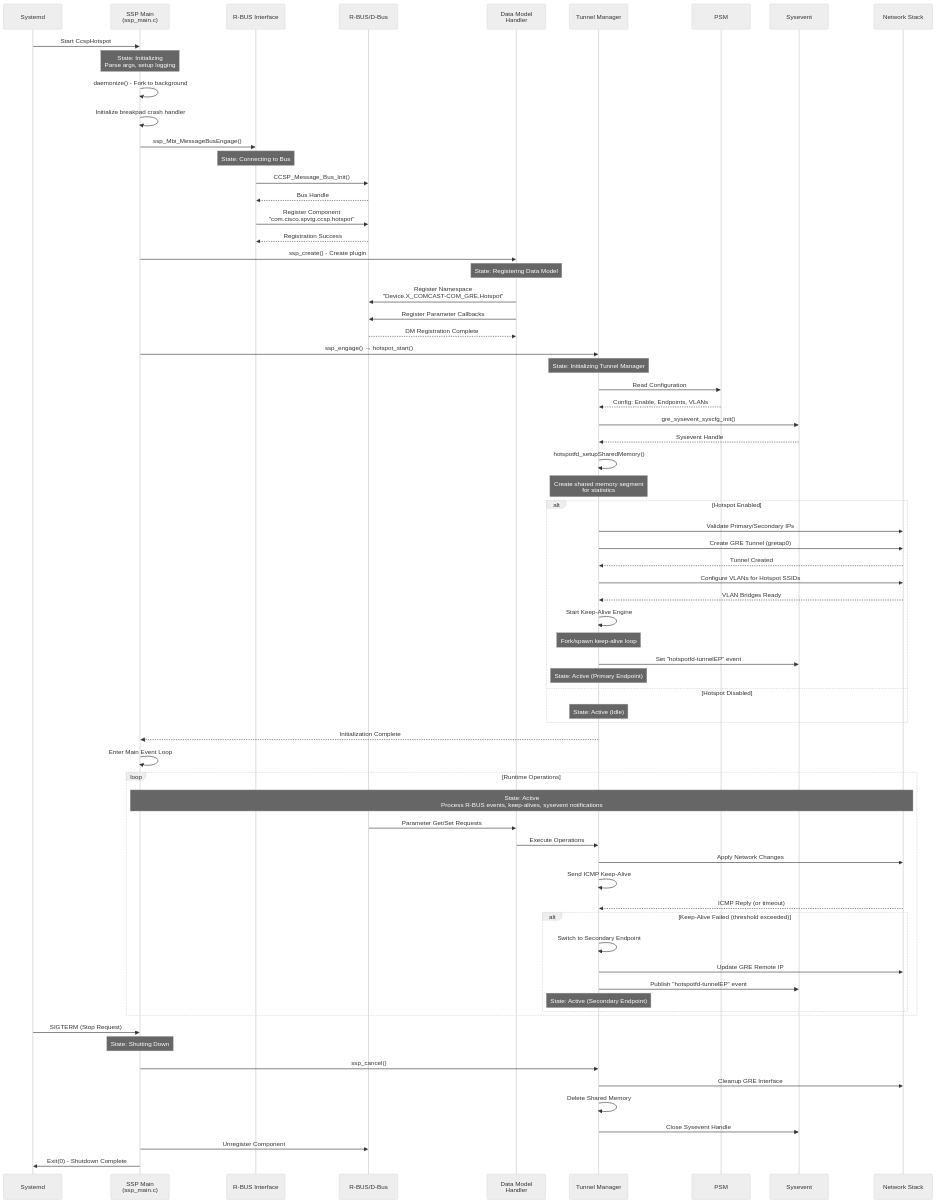
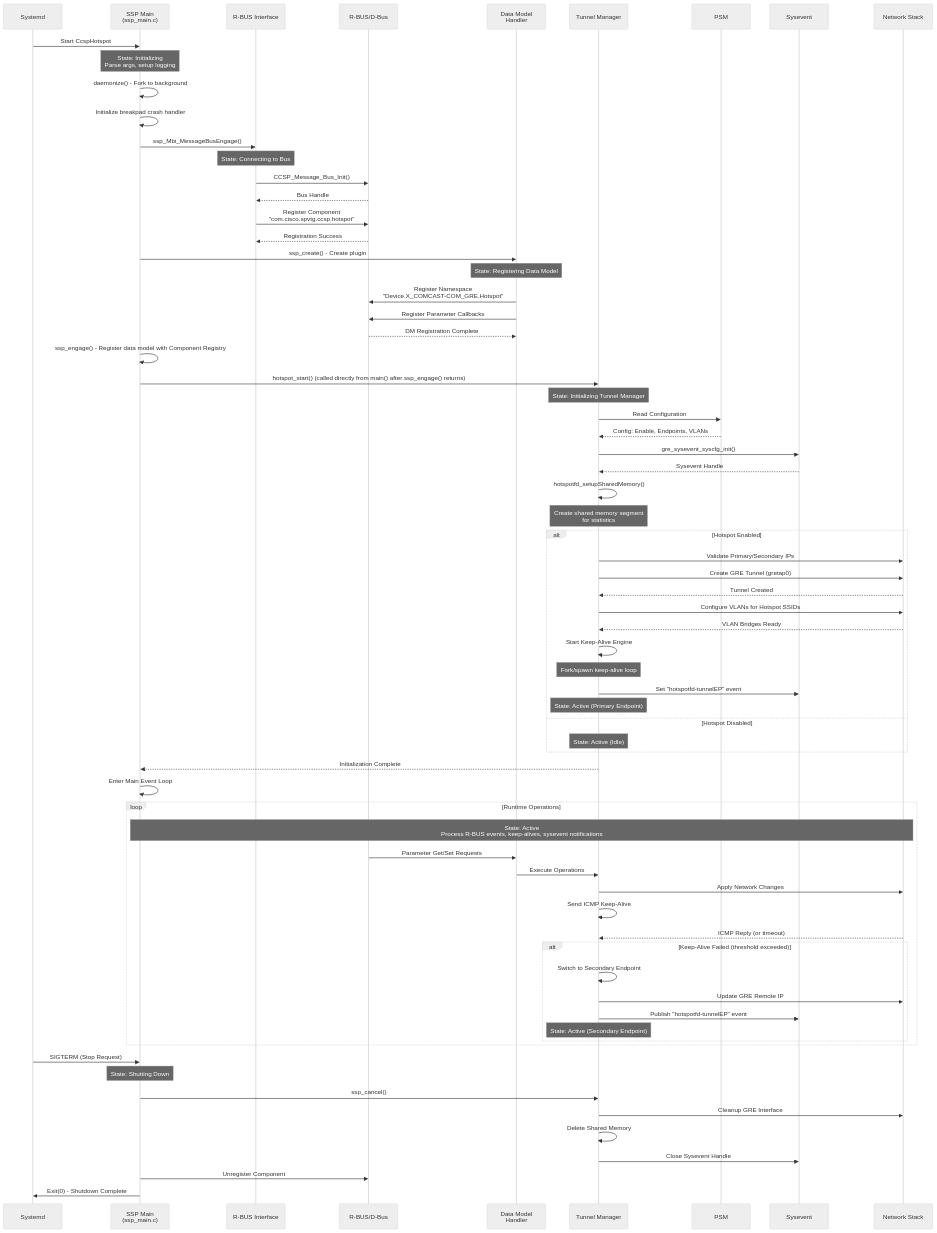
Before and after one commit to rdkcentral/hotspot: the third of 9 diagrams in README.md, drawn with Mermaid (neutral theme). The commit also changed other lines of this file, not shown here.

```diff
--- a/README.md
+++ b/README.md
@@ -308,9 +310,9 @@
     DM->>RBus: Register Parameter Callbacks
     RBus-->>DM: DM Registration Complete
 
-    SSP->>TM: ssp_engage() → hotspot_start()
+    SSP->>SSP: ssp_engage() - Register data model with Component Registry
+    SSP->>TM: hotspot_start() (called directly from main() after ssp_engage() returns)
     Note over TM: State: Initializing Tunnel Manager
-
     TM->>PSM: Read Configuration
     PSM-->>TM: Config: Enable, Endpoints, VLANs
 
```
